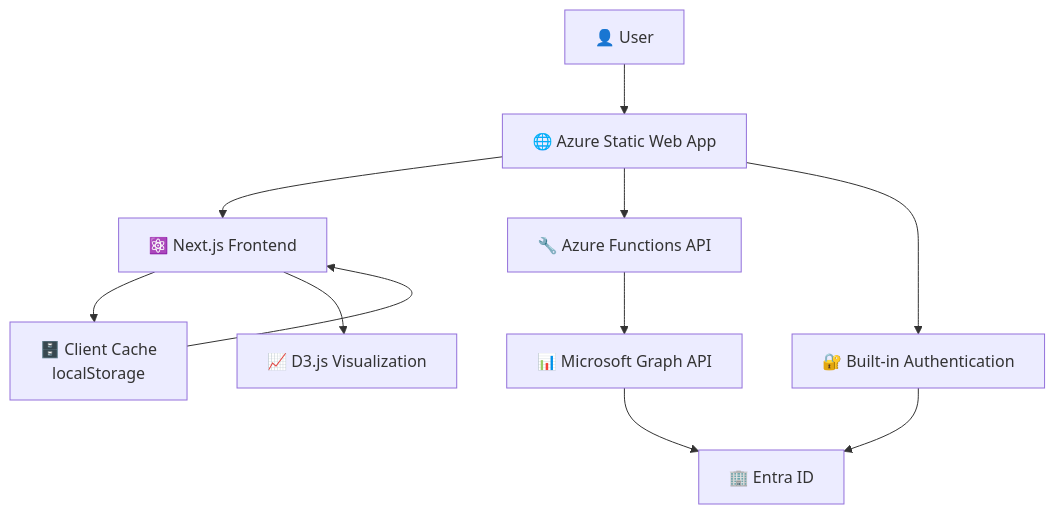
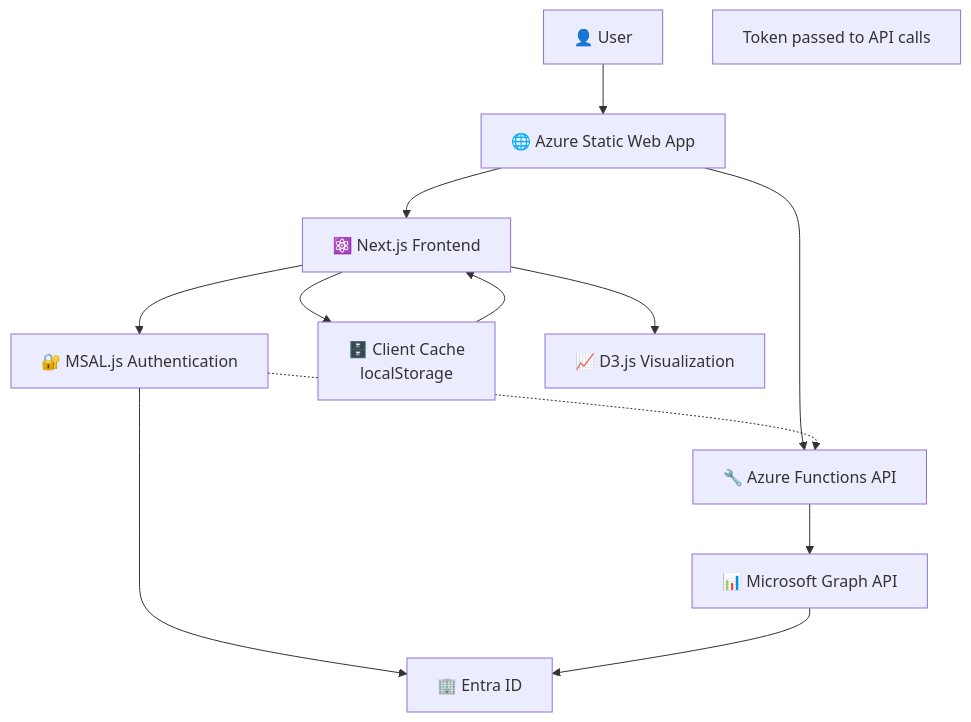
The diagram in README.md (OfirGavish/Group-Tree-Membership-Visualizer), drawn with Mermaid before and after one commit. The commit also changed other lines of this file and 7 other files, not shown here.

````diff
--- a/README.md
+++ b/README.md
@@ -142,17 +151,19 @@
 ```mermaid
 graph TB
     User[👤 User] --> SWA[🌐 Azure Static Web App]
     SWA --> Frontend[⚛️ Next.js Frontend]
     SWA --> API[🔧 Azure Functions API]
     
+    Frontend --> MSAL[🔐 MSAL.js Authentication]
     Frontend --> Cache[🗄️ Client Cache<br/>localStorage]
     Cache --> Frontend
     
-    SWA --> Auth[🔐 Built-in Authentication]
+    MSAL --> EID[🏢 Entra ID]
     API --> Graph[📊 Microsoft Graph API]
-    
-    Auth --> EID[🏢 Entra ID]
     Graph --> EID
     
     Frontend --> D3[📈 D3.js Visualization]
+    
+    MSAL -.-> API
+    note[Token passed to API calls]
 ```
````
